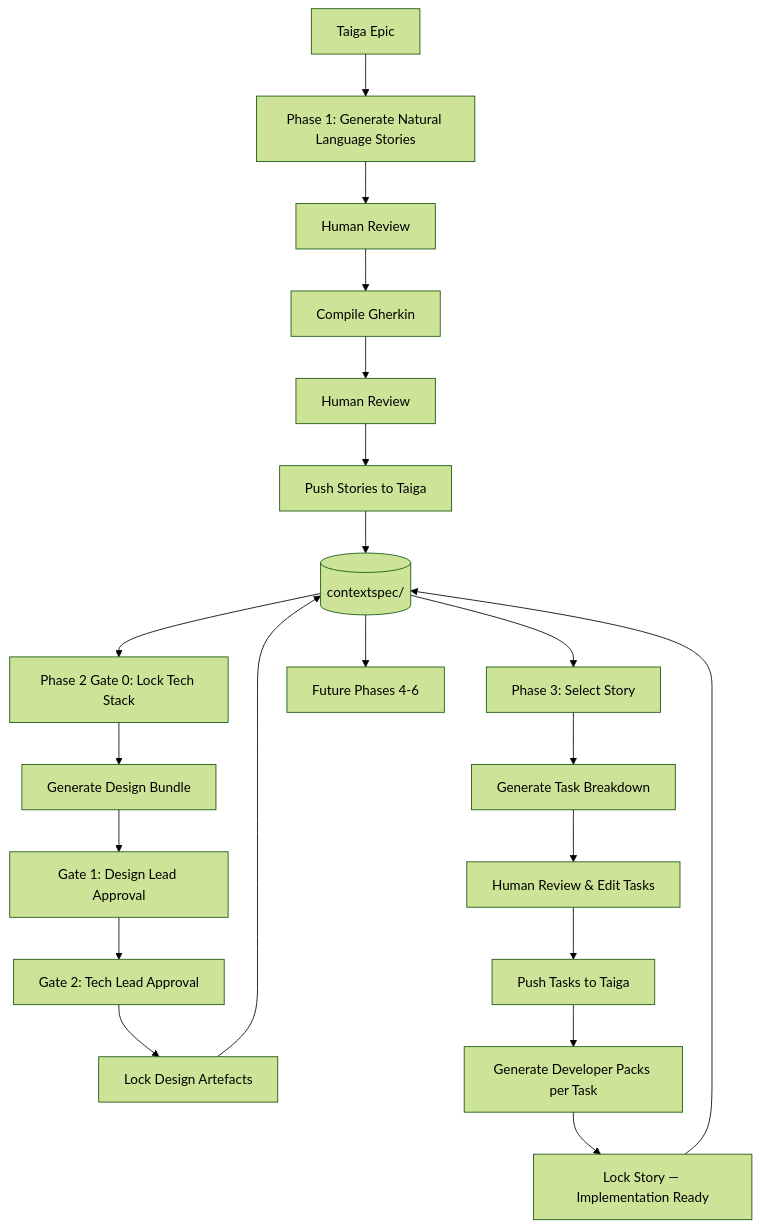
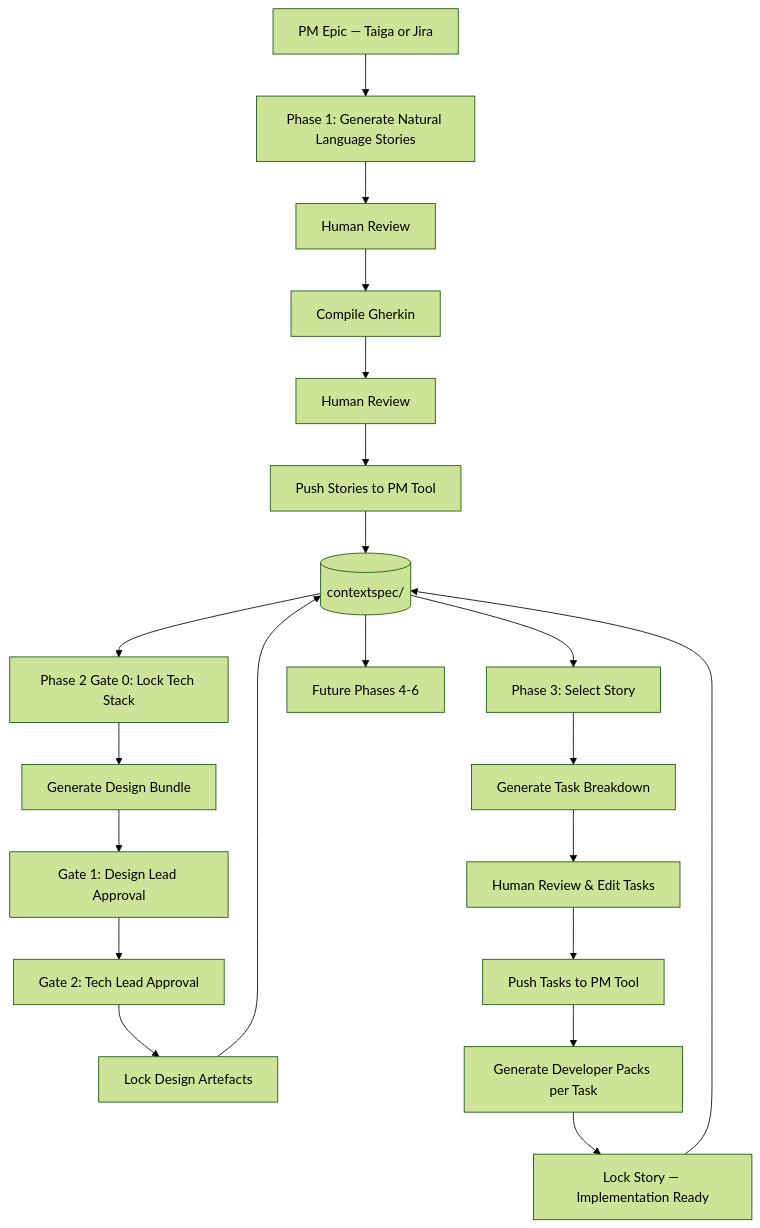
The diagram in README.md (thomastabs/apex), drawn with Mermaid (forest theme) before and after one commit. The commit also changed other lines of this file and 1 other file, not shown here.

First line of the commit message:
docs(readme): update for Jira/GitHub additions; add private cloud URL label

````diff
--- a/README.md
+++ b/README.md
@@ -18,26 +18,26 @@
 ```mermaid
 flowchart TD
-    A[Taiga Epic] --> B[Phase 1: Generate Natural Language Stories]
+    A[PM Epic — Taiga or Jira] --> B[Phase 1: Generate Natural Language Stories]
     B --> C[Human Review]
     C --> D[Compile Gherkin]
     D --> E[Human Review]
-    E --> F[Push Stories to Taiga]
+    E --> F[Push Stories to PM Tool]
     F --> G[(contextspec/<project_id>)]
 
     G --> H[Phase 2 Gate 0: Lock Tech Stack]
     H --> I[Generate Design Bundle]
     I --> J[Gate 1: Design Lead Approval]
     J --> K[Gate 2: Tech Lead Approval]
     K --> L[Lock Design Artefacts]
     L --> G
 
     G --> M[Phase 3: Select Story]
     M --> N[Generate Task Breakdown]
     N --> O[Human Review & Edit Tasks]
-    O --> P[Push Tasks to Taiga]
+    O --> P[Push Tasks to PM Tool]
     P --> Q[Generate Developer Packs per Task]
     Q --> R[Lock Story — Implementation Ready]
     R --> G
 
     G --> S[Future Phases 4-6]
 ```
````
